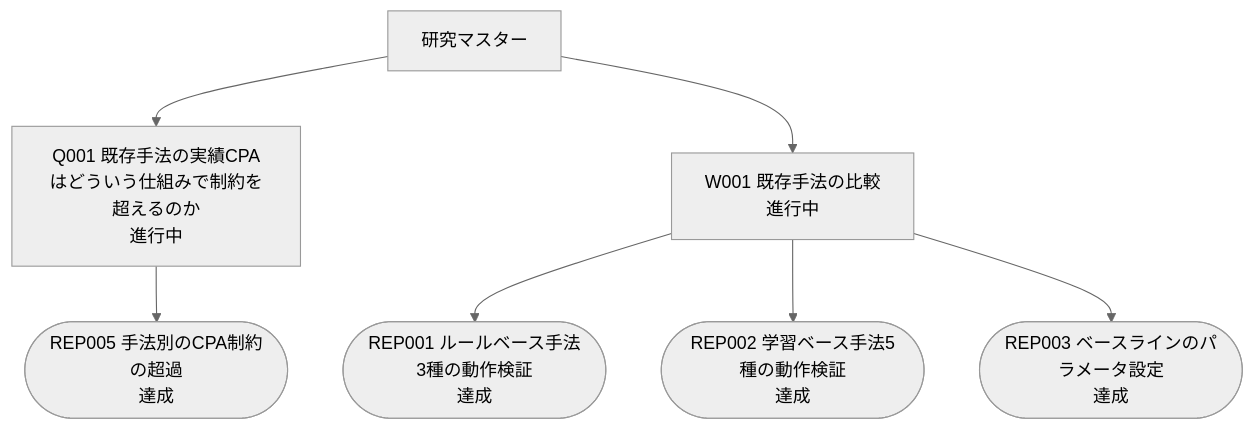
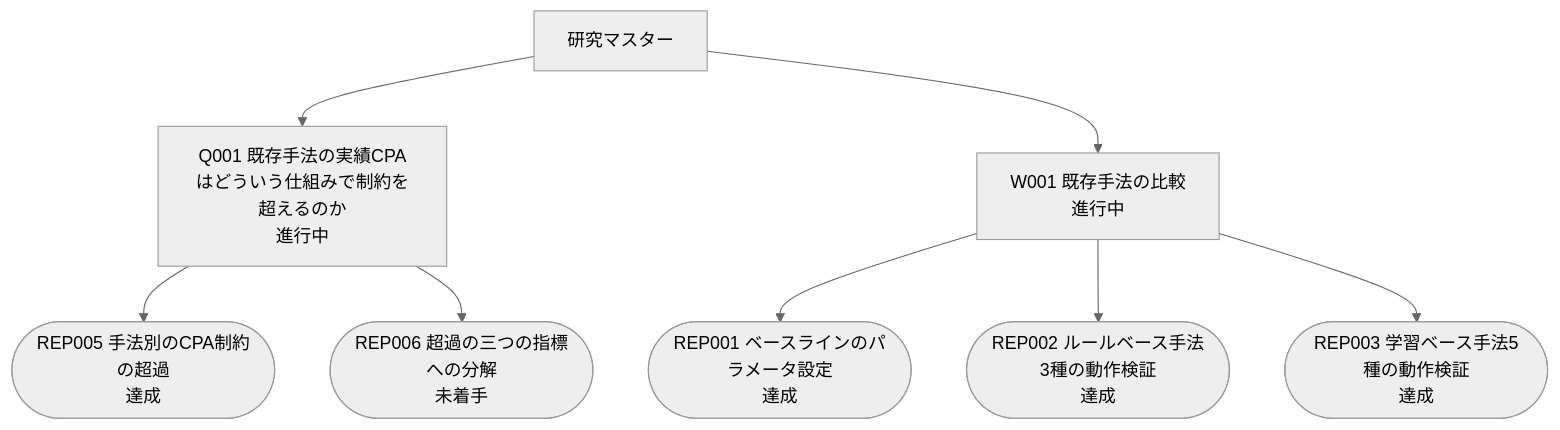
The diagram in research/flow.md (yayoten/AuctionNet), drawn with Mermaid (neutral theme) before and after one commit. The commit also changed other lines of this file and 121 other files, not shown here.

````diff
--- a/research/flow.md
+++ b/research/flow.md
@@ -23,16 +25,18 @@
 ```mermaid
 graph TD
   ROOT[研究マスター]
   Q001["Q001 既存手法の実績CPAはどういう仕組みで制約を超えるのか<br/>進行中"]
   ROOT --> Q001
   REP005(["REP005 手法別のCPA制約の超過<br/>達成"])
   Q001 --> REP005
+  REP006(["REP006 超過の三つの指標への分解<br/>未着手"])
+  Q001 --> REP006
   W001["W001 既存手法の比較<br/>進行中"]
   ROOT --> W001
-  REP001(["REP001 ルールベース手法3種の動作検証<br/>達成"])
+  REP001(["REP001 ベースラインのパラメータ設定<br/>達成"])
   W001 --> REP001
-  REP002(["REP002 学習ベース手法5種の動作検証<br/>達成"])
+  REP002(["REP002 ルールベース手法3種の動作検証<br/>達成"])
   W001 --> REP002
-  REP003(["REP003 ベースラインのパラメータ設定<br/>達成"])
+  REP003(["REP003 学習ベース手法5種の動作検証<br/>達成"])
   W001 --> REP003
 ```
````
